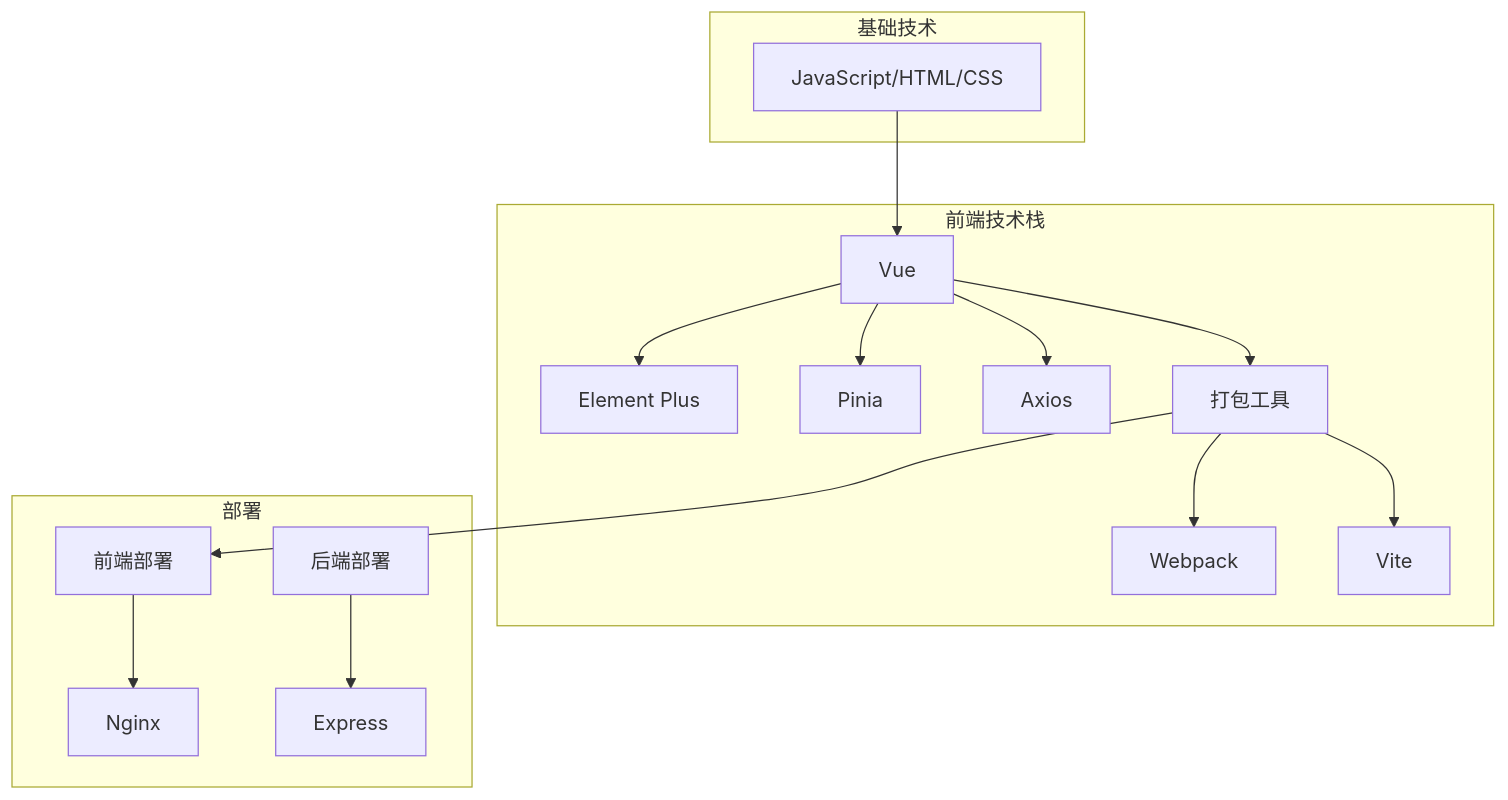
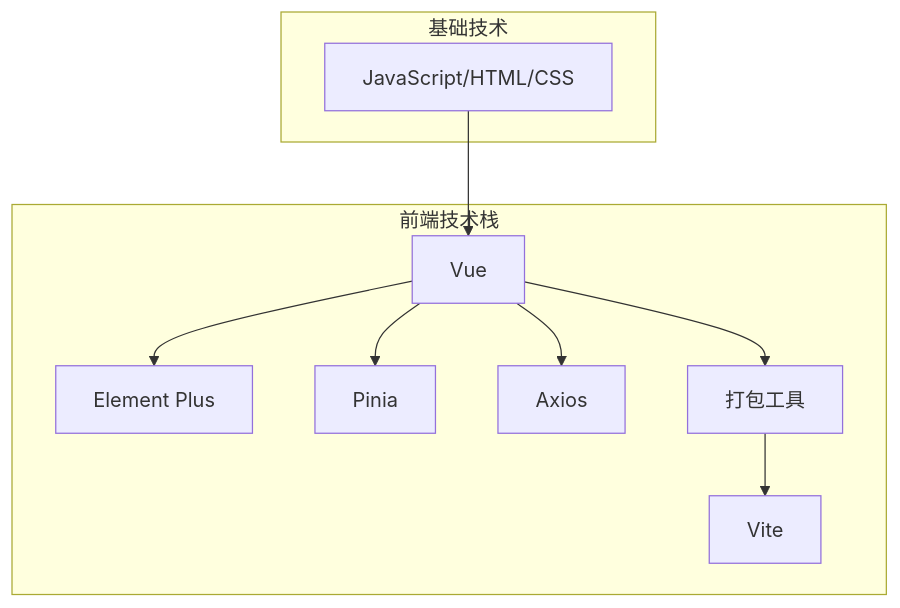
The first of 4 diagrams in README.md (MTP-Group6/docs), drawn with Mermaid before and after one commit.

Commit message:
更新前端技术开发框架

````diff
--- a/README.md
+++ b/README.md
@@ -30,24 +30,17 @@
 ```mermaid
 graph TB
     subgraph "基础技术"
         A[JavaScript/HTML/CSS]
     end
 
     subgraph "前端技术栈"
         B[Vue]
         B --> C[Element Plus]
         B --> D[Pinia]
         B --> E[Axios]
         B --> F[打包工具]
-        F --> G[Webpack]
         F --> H[Vite]
     end
 
-    subgraph "部署"
-        I[前端部署] --> J[Nginx]
-        K[后端部署] --> L[Express]
-    end
-
     A --> B
-    F --> I
 ```
````
